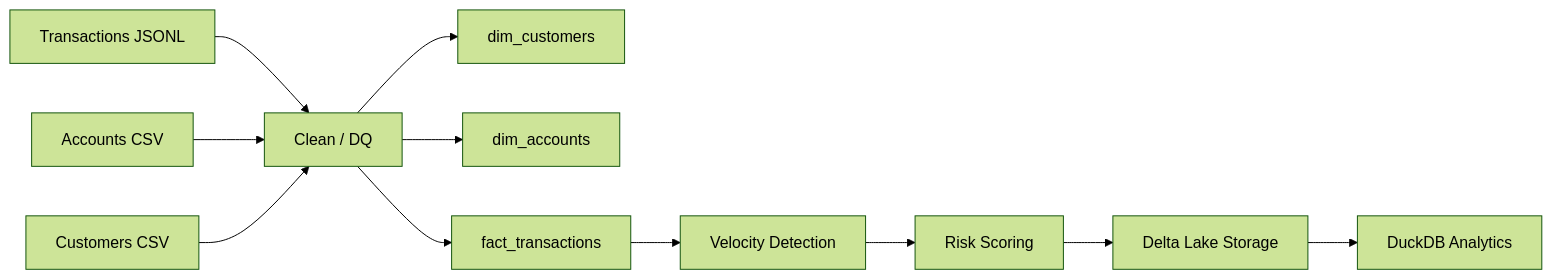
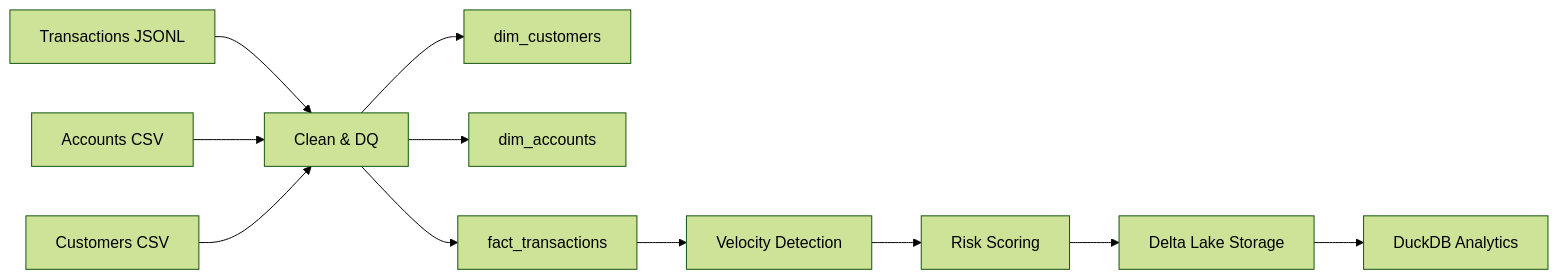
One commit to sandorvas/nedbank-data-engineering-challenge changed the diagram in README.md. Above: the diagram before and after it, drawn with Mermaid (forest theme).

Commit message:
Finalize README formatting (code block tables)

````diff
--- a/README.md
+++ b/README.md
@@ -17,15 +17,15 @@
 ```mermaid
-flowchart LR
-    A[Transactions JSONL] --> B[Clean / DQ]
+   flowchart LR
+    A[Transactions JSONL] --> B[Clean & DQ]
     C[Accounts CSV] --> B
     D[Customers CSV] --> B
 
     B --> E[dim_customers]
     B --> F[dim_accounts]
     B --> G[fact_transactions]
 
     G --> H[Velocity Detection]
     H --> I[Risk Scoring]
     I --> J[Delta Lake Storage]
     J --> K[DuckDB Analytics]
 ```
````
